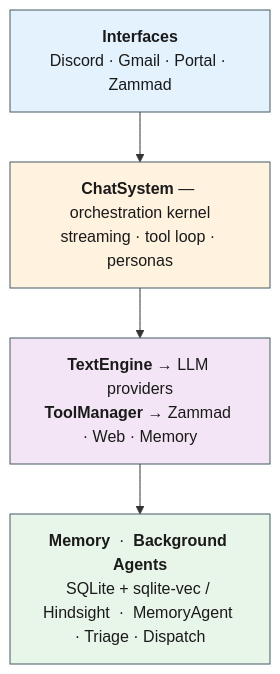
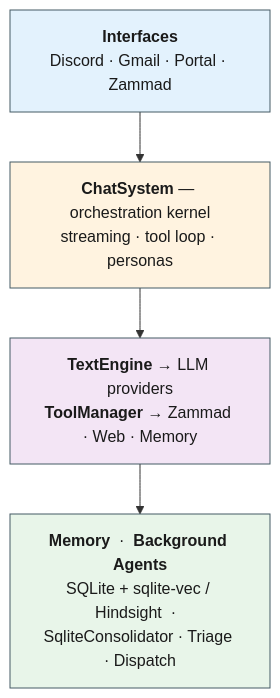
One commit to Addrick/agent-orchestrator changed the diagram in readme.md. Above: the diagram before and after it, drawn with Mermaid. The commit also changed other lines of this file and 9 other files, not shown here.

````diff
--- a/readme.md
+++ b/readme.md
@@ -18,20 +18,20 @@
 ```mermaid
 flowchart TB
     IF["<b>Interfaces</b><br/>Discord · Gmail · Portal · Zammad"]
     CORE["<b>ChatSystem</b> — orchestration kernel<br/>streaming · tool loop · personas"]
     EXEC["<b>TextEngine</b> → LLM providers<br/><b>ToolManager</b> → Zammad · Web · Memory"]
-    DATA["<b>Memory</b> &nbsp;·&nbsp; <b>Background Agents</b><br/>SQLite + sqlite-vec / Hindsight &nbsp;·&nbsp; MemoryAgent · Triage · Dispatch"]
+    DATA["<b>Memory</b> &nbsp;·&nbsp; <b>Background Agents</b><br/>SQLite + sqlite-vec / Hindsight &nbsp;·&nbsp; SqliteConsolidator · Triage · Dispatch"]
 
     IF   --> CORE
     CORE --> EXEC
     EXEC --> DATA
 
     classDef iface  fill:#E3F2FD,stroke:#455A64,color:#1A1A1A;
     classDef core   fill:#FFF3E0,stroke:#455A64,color:#1A1A1A;
     classDef exec   fill:#F3E5F5,stroke:#455A64,color:#1A1A1A;
     classDef data   fill:#E8F5E9,stroke:#455A64,color:#1A1A1A;
     class IF iface;
     class CORE core;
     class EXEC exec;
     class DATA data;
 ```
````
